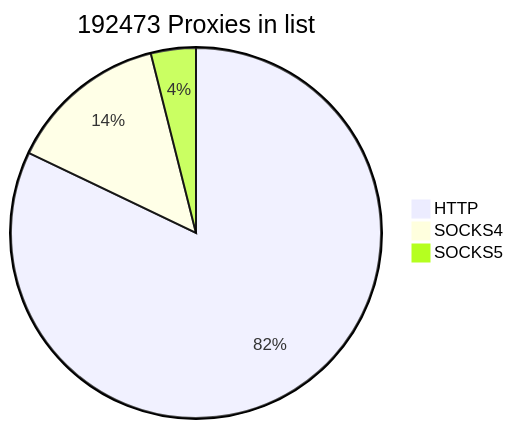
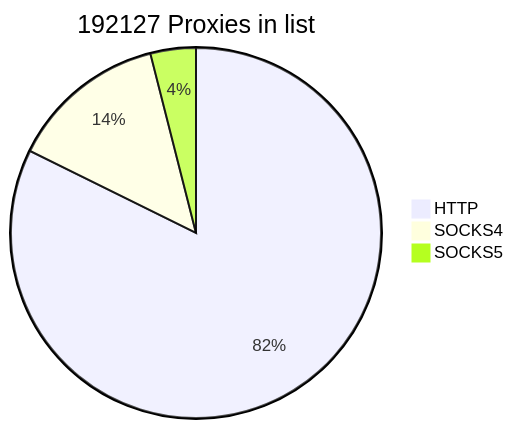
One commit to cutipu/proxylist changed the first of 2 diagrams in README.md. Above: the diagram before and after it, drawn with Mermaid. The commit also changed other lines of this file, not shown here.

````diff
--- a/README.md
+++ b/README.md
@@ -2,7 +2,7 @@
 ```mermaid
-pie title 192473 Proxies in list
-    "HTTP" : 158037
-    "SOCKS4" : 26879
-    "SOCKS5" : 7557
+pie title 192127 Proxies in list
+    "HTTP" : 158140
+    "SOCKS4" : 26374
+    "SOCKS5" : 7613
             
 ```
````
